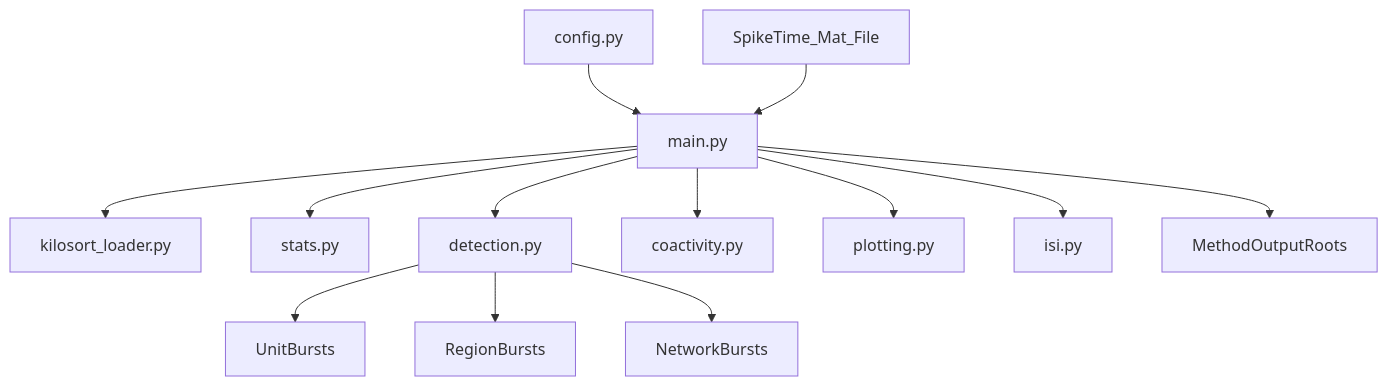
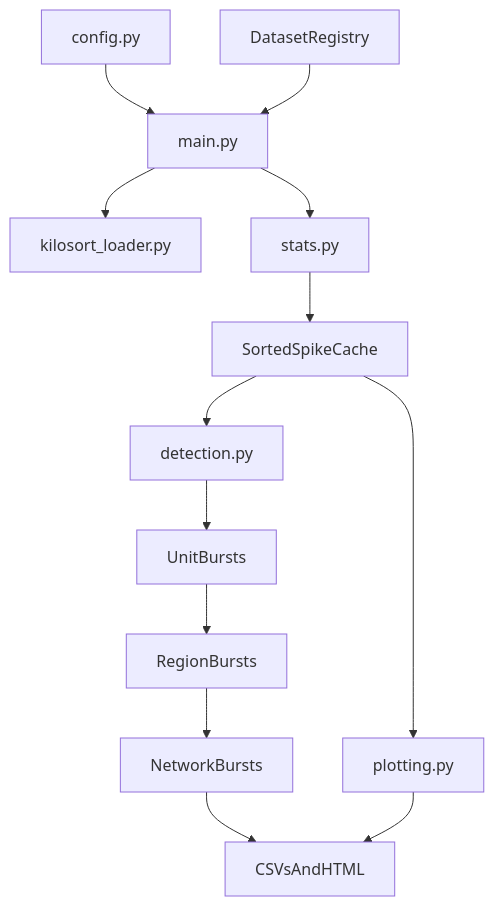
One commit to DarrinTLChang/RankSurprise_SangerLab changed the diagram in README.md. Above: the diagram before and after it, drawn with Mermaid. The commit also changed other lines of this file and 18 other files, not shown here.

````diff
--- a/README.md
+++ b/README.md
@@ -106,15 +182,15 @@
 ```mermaid
 flowchart TD
     config[config.py] --> main[main.py]
-    datasets[SpikeTime_Mat_File] --> main
+    datasets[DatasetRegistry] --> main
     main --> loader[kilosort_loader.py]
     main --> stats[stats.py]
-    main --> detect[detection.py]
+    stats --> cache[SortedSpikeCache]
+    cache --> detect[detection.py]
     detect --> stage1[UnitBursts]
-    detect --> stage2[RegionBursts]
-    detect --> stage3[NetworkBursts]
-    main --> coact[coactivity.py]
-    main --> plot[plotting.py]
-    main --> isi[isi.py]
-    main --> outputs[MethodOutputRoots]
+    stage1 --> stage2[RegionBursts]
+    stage2 --> stage3[NetworkBursts]
+    cache --> plot[plotting.py]
+    stage3 --> outputs[CSVsAndHTML]
+    plot --> outputs
 ```
````
